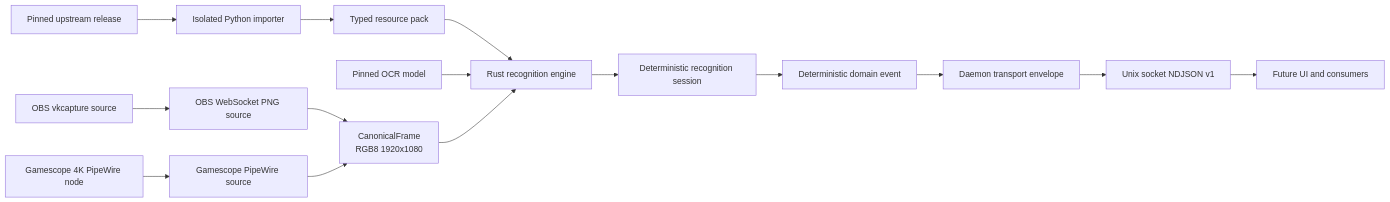
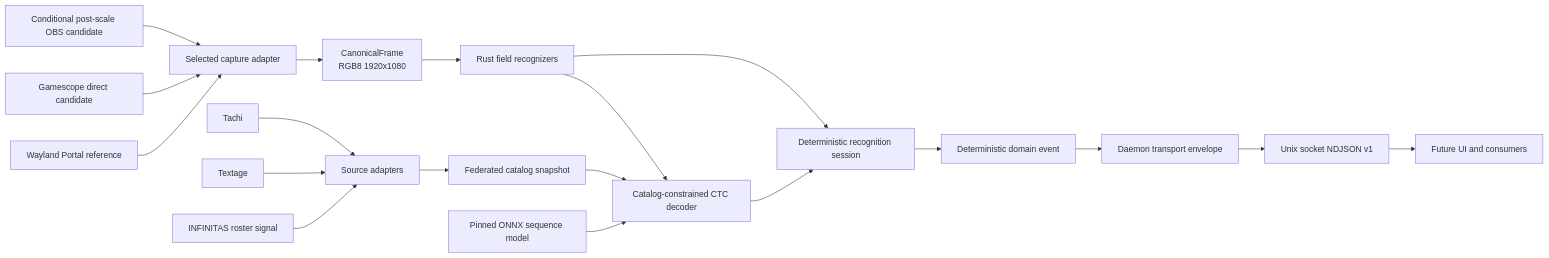
One commit to atty303/scorepeek changed the diagram in docs/architecture.md. Above: the diagram before and after it, drawn with Mermaid. The commit also changed other lines of this file and 11 other files, not shown here.

Commit message:
docs: redesign recognition around federated OCR

````diff
--- a/docs/architecture.md
+++ b/docs/architecture.md
@@ -8,17 +8,21 @@
 ```mermaid
 flowchart LR
-  OBS["OBS vkcapture source"] --> WS["OBS WebSocket PNG source"]
-  GS["Gamescope 4K PipeWire node"] --> PW["Gamescope PipeWire source"]
-  WS --> CF["CanonicalFrame\nRGB8 1920x1080"]
-  PW --> CF
-  UR["Pinned upstream release"] --> IMP["Isolated Python importer"]
-  IMP --> RP["Typed resource pack"]
-  RP --> RE["Rust recognition engine"]
-  OM["Pinned OCR model"] --> RE
-  CF --> RE
+  P["Wayland Portal reference"] --> CA["Selected capture adapter"]
+  G["Gamescope direct candidate"] --> CA
+  O["Conditional post-scale OBS candidate"] --> CA
+  CA --> CF["CanonicalFrame\nRGB8 1920x1080"]
+  T["Tachi"] --> AD["Source adapters"]
+  X["Textage"] --> AD
+  D["INFINITAS roster signal"] --> AD
+  AD --> FC["Federated catalog snapshot"]
+  CF --> RE["Rust field recognizers"]
+  OM["Pinned ONNX sequence model"] --> CTC["Catalog-constrained CTC decoder"]
+  RE --> CTC
+  FC --> CTC
+  CTC --> SS
   RE --> SS["Deterministic recognition session"]
   SS --> DE["Deterministic domain event"]
   DE --> ENV["Daemon transport envelope"]
   ENV --> API["Unix socket NDJSON v1"]
   API --> UI["Future UI and consumers"]
 ```
````
